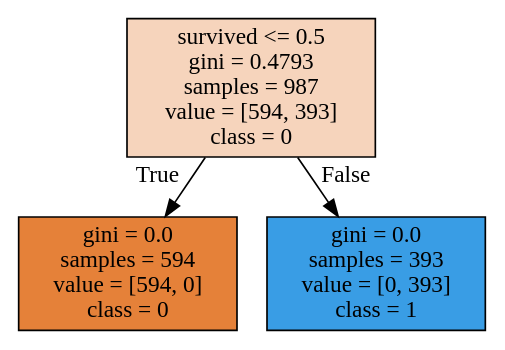
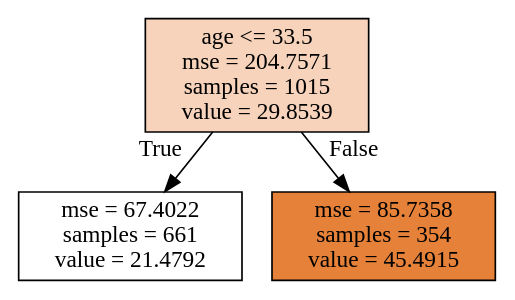
The diagram in hw5/tree1.dot (abbyschantz/cs35), drawn with Graphviz before and after one commit. The commit also changed 5 other files, not shown here.

```diff
--- a/hw5/tree1.dot
+++ b/hw5/tree1.dot
@@ -1,11 +1,11 @@
 digraph Tree {
 node [shape=box, style="filled", color="black"] ;
 graph [ranksep=equally, splines=polyline] ;
-0 [label="survived <= 0.5\ngini = 0.4793\nsamples = 987\nvalue = [594, 393]\nclass = 0", fillcolor="#e5813956"] ;
-1 [label="gini = 0.0\nsamples = 594\nvalue = [594, 0]\nclass = 0", fillcolor="#e58139ff"] ;
+0 [label="age <= 33.5\nmse = 204.7571\nsamples = 1015\nvalue = 29.8539", fillcolor="#e5813959"] ;
+1 [label="mse = 67.4022\nsamples = 661\nvalue = 21.4792", fillcolor="#e5813900"] ;
 0 -> 1 [labeldistance=2.5, labelangle=45, headlabel="True"] ;
-2 [label="gini = 0.0\nsamples = 393\nvalue = [0, 393]\nclass = 1", fillcolor="#399de5ff"] ;
+2 [label="mse = 85.7358\nsamples = 354\nvalue = 45.4915", fillcolor="#e58139ff"] ;
 0 -> 2 [labeldistance=2.5, labelangle=-45, headlabel="False"] ;
 {rank=same ; 0} ;
 {rank=same ; 1; 2} ;
 }
```
